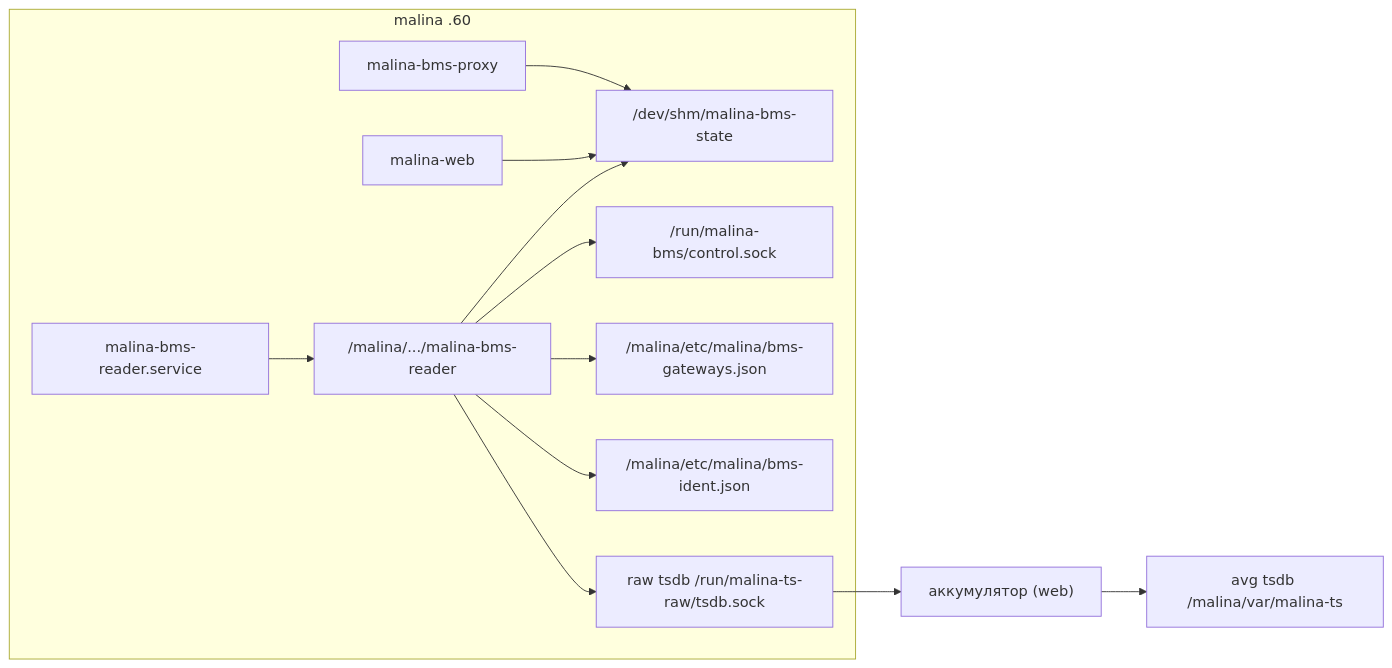
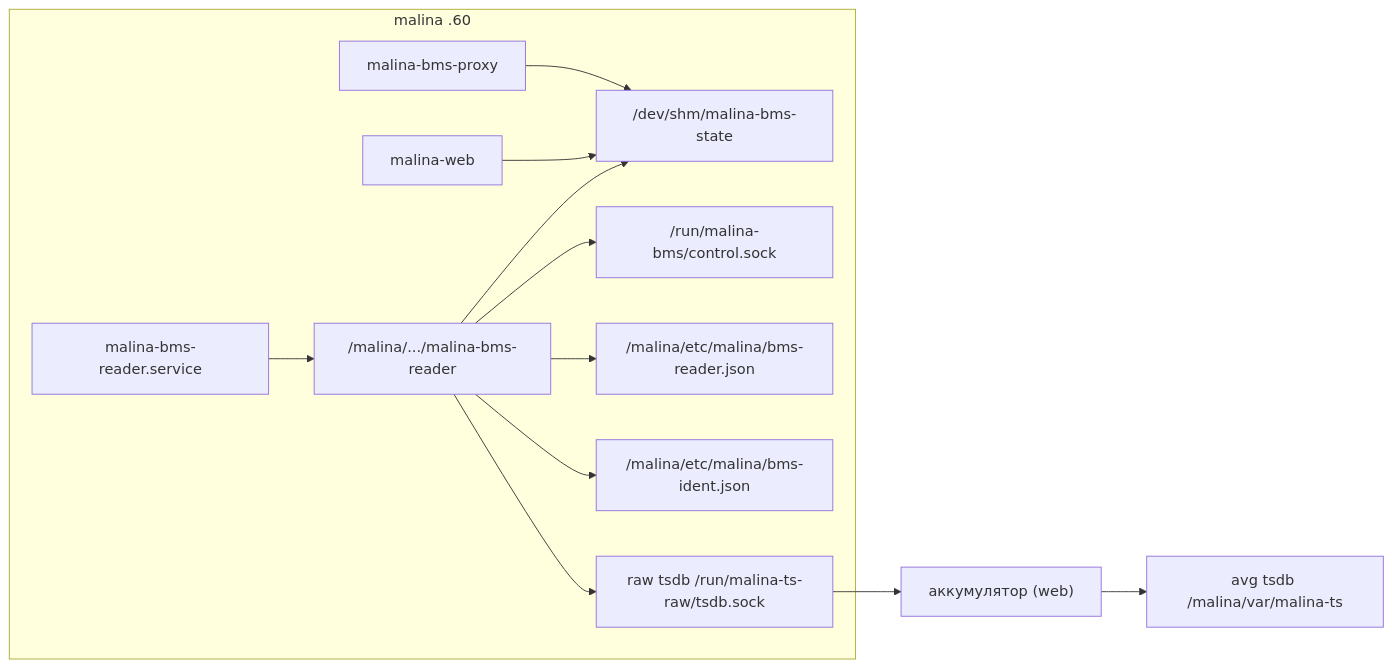
Diagram 11 of 11 in docs/bms-reader-arch.md (galiy/malina-26), drawn with Mermaid before and after one commit. The commit also changed other lines of this file and 19 other files, not shown here.

````diff
--- a/docs/bms-reader-arch.md
+++ b/docs/bms-reader-arch.md
@@ -555,15 +557,15 @@
 ```mermaid
 flowchart LR
   subgraph Pi["malina .60"]
     UNIT["malina-bms-reader.service"] --> BIN["/malina/.../malina-bms-reader"]
     BIN --> SHM["/dev/shm/malina-bms-state"]
     BIN --> SOCK["/run/malina-bms/control.sock"]
-    BIN --> CFG["/malina/etc/malina/bms-gateways.json"]
+    BIN --> CFG["/malina/etc/malina/bms-reader.json"]
     BIN --> IDENT["/malina/etc/malina/bms-ident.json"]
     BIN --> RAW["raw tsdb /run/malina-ts-raw/tsdb.sock"]
     WEB["malina-web"] --> SHM
     PROXY["malina-bms-proxy"] --> SHM
   end
   ACC["аккумулятор (web)"] --> TS["avg tsdb /malina/var/malina-ts"]
   RAW --> ACC
 ```
````
